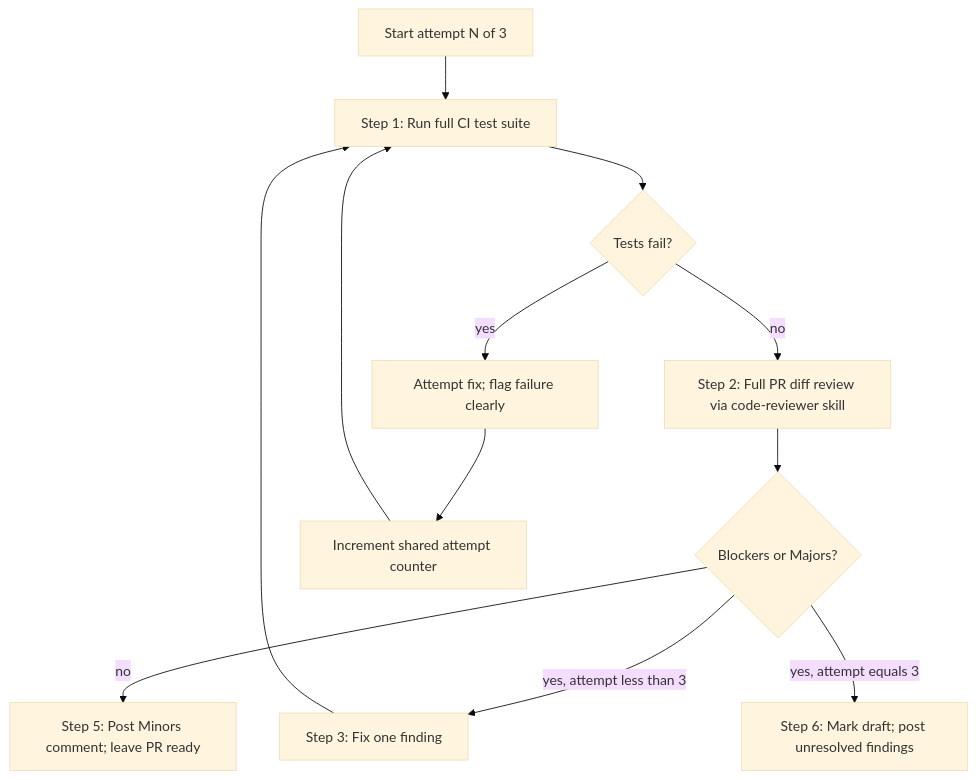
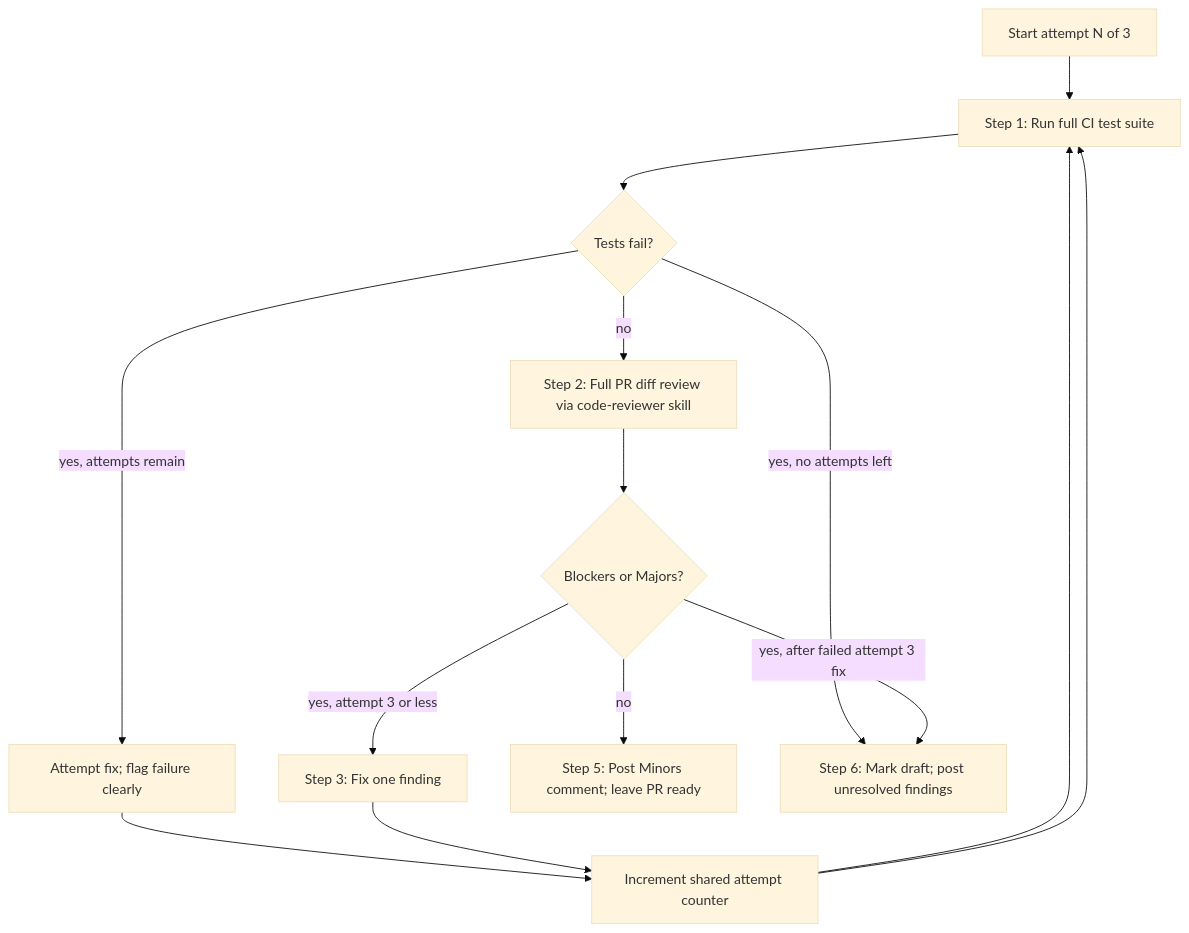
One commit to Collins1892/radar-practice changed the second of 2 diagrams in docs/loop-pattern.md. Above: the diagram before and after it, drawn with Mermaid (base theme). The commit also changed other lines of this file, not shown here.

````diff
--- a/docs/loop-pattern.md
+++ b/docs/loop-pattern.md
@@ -70,20 +70,21 @@
 ```mermaid
 flowchart TD
   start[Start attempt N of 3]
   runTests[Step 1: Run full CI test suite]
   testFail{Tests fail?}
   fixTest[Attempt fix; flag failure clearly]
   review[Step 2: Full PR diff review via code-reviewer skill]
   blockers{Blockers or Majors?}
   fixOne[Step 3: Fix one finding]
   incAttempt[Increment shared attempt counter]
   postMinors[Step 5: Post Minors comment; leave PR ready]
   draftPR[Step 6: Mark draft; post unresolved findings]
 
   start --> runTests --> testFail
-  testFail -->|yes| fixTest --> incAttempt --> runTests
+  testFail -->|yes, attempts remain| fixTest --> incAttempt --> runTests
+  testFail -->|yes, no attempts left| draftPR
   testFail -->|no| review --> blockers
-  blockers -->|yes, attempt less than 3| fixOne --> runTests
+  blockers -->|yes, attempt 3 or less| fixOne --> incAttempt --> runTests
   blockers -->|no| postMinors
-  blockers -->|yes, attempt equals 3| draftPR
+  blockers -->|yes, after failed attempt 3 fix| draftPR
 ```
````
